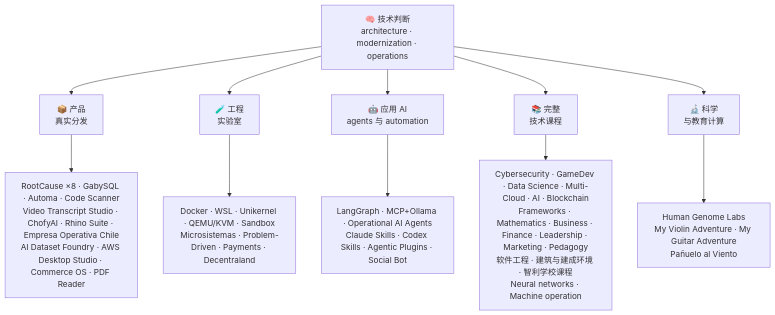
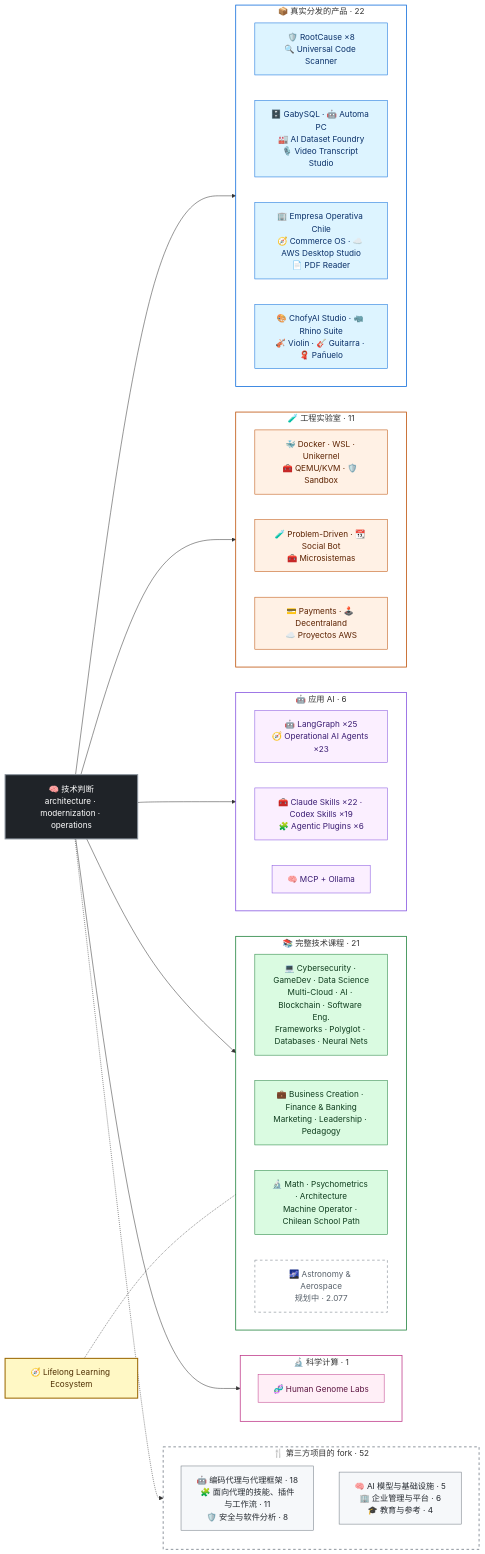
One commit to vladimiracunadev-create/vladimiracunadev-create changed the diagram in README.zh.md. Above: the diagram before and after it, drawn with Mermaid. The commit also changed other lines of this file and 43 other files, not shown here.

````diff
--- a/README.zh.md
+++ b/README.zh.md
@@ -151,14 +152,63 @@
 ```mermaid
-flowchart TD
-    A["🧠 技术判断<br/>architecture · modernization · operations"] --> B["📦 产品<br/>真实分发"]
-    A --> C["🧪 工程<br/>实验室"]
-    A --> D["🤖 应用 AI<br/>agents 与 automation"]
-    A --> E["📚 完整<br/>技术课程"]
-    A --> F["🔬 科学<br/>与教育计算"]
+flowchart LR
+    CORE["🧠 技术判断<br/>architecture · modernization · operations"]:::core
 
-    B --> B1["RootCause ×8 · GabySQL · Automa · Code Scanner<br/>Video Transcript Studio · ChofyAI · Rhino Suite · Empresa Operativa Chile<br/>AI Dataset Foundry · AWS Desktop Studio · Commerce OS · PDF Reader"]
-    C --> C1["Docker · WSL · Unikernel · QEMU/KVM · Sandbox<br/>Microsistemas · Problem-Driven · Payments · Decentraland"]
-    D --> D1["LangGraph · MCP+Ollama · Operational AI Agents<br/>Claude Skills · Codex Skills · Agentic Plugins · Social Bot"]
-    E --> E1["Cybersecurity · GameDev · Data Science · Multi-Cloud · AI · Blockchain<br/>Frameworks · Mathematics · Business · Finance · Leadership · Marketing · Pedagogy<br/>软件工程 · 建筑与建成环境 · 智利学校课程<br/>Neural networks · Machine operation"]
-    F --> F1["Human Genome Labs<br/>My Violin Adventure · My Guitar Adventure<br/>Pañuelo al Viento"]
+    subgraph P["📦 真实分发的产品 · 22"]
+        direction LR
+        P1["🛡️ RootCause ×8<br/>🔍 Universal Code Scanner"]:::prod
+        P2["🗄️ GabySQL · 🤖 Automa PC<br/>🏭 AI Dataset Foundry<br/>🎙️ Video Transcript Studio"]:::prod
+        P3["🏢 Empresa Operativa Chile<br/>🧭 Commerce OS · ☁️ AWS Desktop Studio<br/>📄 PDF Reader"]:::prod
+        P4["🎨 ChofyAI Studio · 🦏 Rhino Suite<br/>🎻 Violin · 🎸 Guitarra · 🧣 Pañuelo"]:::prod
+    end
+    subgraph L["🧪 工程实验室 · 11"]
+        direction LR
+        L1["🐳 Docker · WSL · Unikernel<br/>🧰 QEMU/KVM · 🛡️ Sandbox"]:::lab
+        L2["🧪 Problem-Driven · 📆 Social Bot<br/>🧰 Microsistemas"]:::lab
+        L3["💳 Payments · 🕹️ Decentraland<br/>☁️ Proyectos AWS"]:::lab
+    end
+    subgraph I["🤖 应用 AI · 6"]
+        direction LR
+        I1["🤖 LangGraph ×25<br/>🧭 Operational AI Agents ×23"]:::ai
+        I2["🧰 Claude Skills ×22 · Codex Skills ×19<br/>🧩 Agentic Plugins ×6"]:::ai
+        I3["🧠 MCP + Ollama"]:::ai
+    end
+    subgraph C["📚 完整技术课程 · 21"]
+        direction LR
+        C1["💻 Cybersecurity · GameDev · Data Science<br/>Multi-Cloud · AI · Blockchain · Software Eng.<br/>Frameworks · Polyglot · Databases · Neural Nets"]:::cur
+        C2["💼 Business Creation · Finance & Banking<br/>Marketing · Leadership · Pedagogy"]:::cur
+        C3["🔬 Math · Psychometrics · Architecture<br/>Machine Operator · Chilean School Path"]:::cur
+        C4["🌌 Astronomy & Aerospace<br/>规划中 · 2.077"]:::plan
+    end
+    LL["🧭 Lifelong Learning Ecosystem"]:::core2
+    subgraph S["🔬 科学计算 · 1"]
+        S1["🧬 Human Genome Labs"]:::sci
+    end
+    subgraph F["🍴 第三方项目的 fork · 52"]
+        F1["🤖 编码代理与代理框架 · 18<br/>🧩 面向代理的技能、插件与工作流 · 11<br/>🛡️ 安全与软件分析 · 8"]:::fork
+        F2["🧠 AI 模型与基础设施 · 5<br/>🏢 企业管理与平台 · 6<br/>🎓 教育与参考 · 4"]:::fork
+    end
+
+    CORE --> P
+    CORE --> L
+    CORE --> I
+    CORE --> C
+    CORE --> S
+    CORE -.-> F
+    LL -.- C
+
+    classDef core fill:#1f2328,stroke:#8b949e,color:#ffffff,stroke-width:2px
+    classDef core2 fill:#fff8c5,stroke:#9a6700,color:#4d2d00,stroke-width:2px
+    classDef prod fill:#ddf4ff,stroke:#0969da,color:#0a3069
+    classDef lab fill:#fff1e5,stroke:#bc4c00,color:#5c2200
+    classDef ai fill:#fbefff,stroke:#8250df,color:#3b1d73
+    classDef cur fill:#dafbe1,stroke:#1a7f37,color:#0f3d1e
+    classDef sci fill:#ffeff7,stroke:#bf3989,color:#5c1541
+    classDef fork fill:#f6f8fa,stroke:#6e7781,color:#24292f
+    classDef plan fill:#ffffff,stroke:#6e7781,color:#57606a,stroke-dasharray:5 5
+    style P fill:none,stroke:#0969da,stroke-width:1.5px
+    style L fill:none,stroke:#bc4c00,stroke-width:1.5px
+    style I fill:none,stroke:#8250df,stroke-width:1.5px
+    style C fill:none,stroke:#1a7f37,stroke-width:1.5px
+    style S fill:none,stroke:#bf3989,stroke-width:1.5px
+    style F fill:none,stroke:#6e7781,stroke-width:1.5px,stroke-dasharray:5 5
 ```
````
